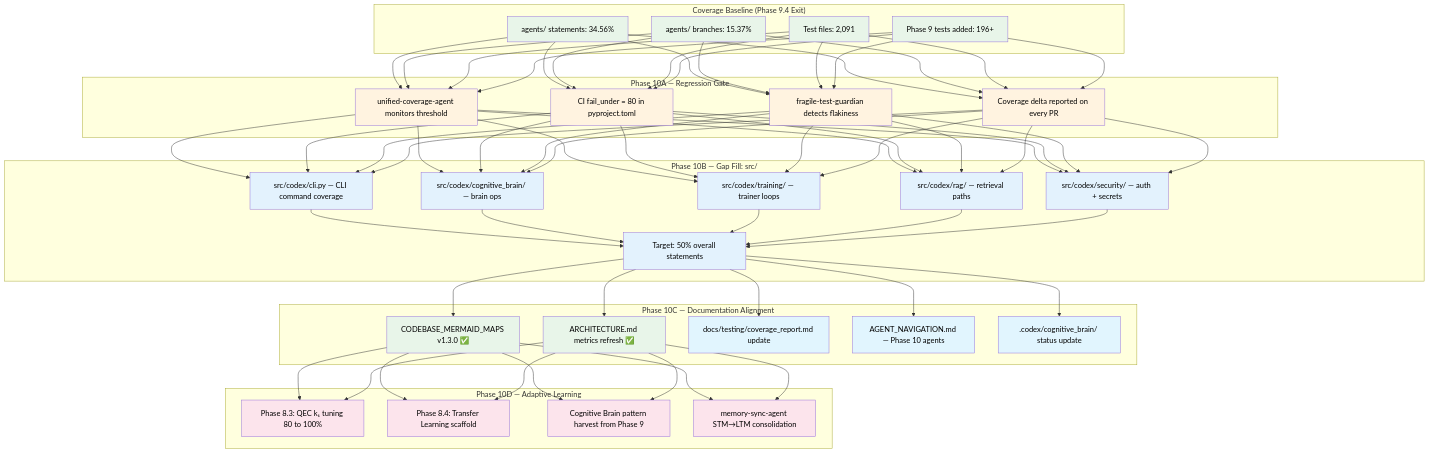
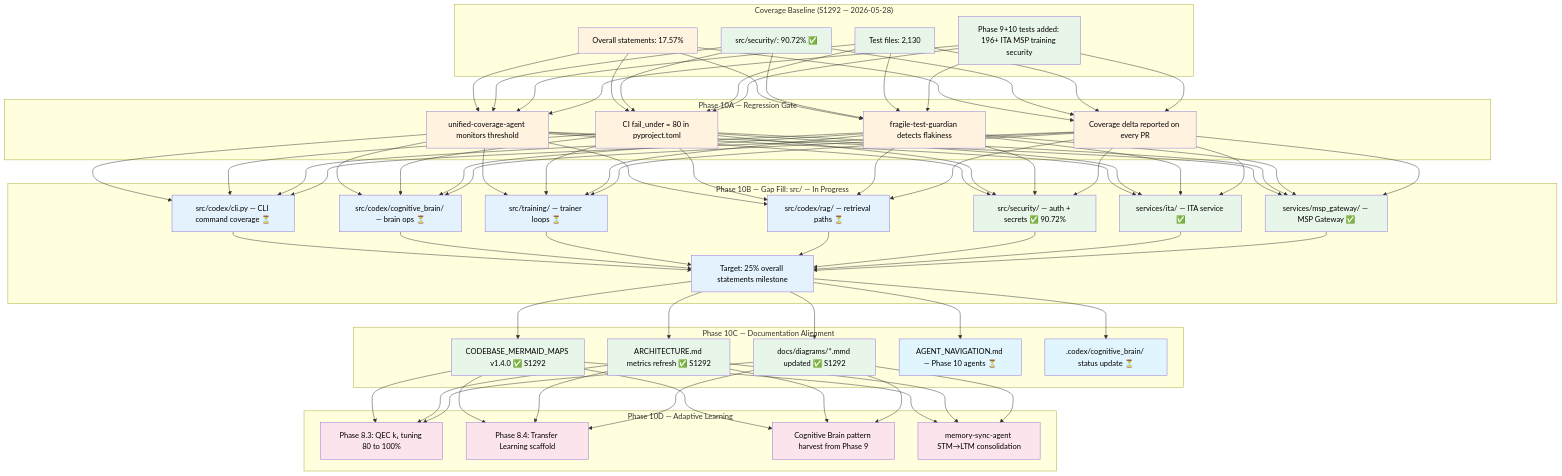
Diagram 17 of 18 in docs/CODEBASE_MERMAID_MAPS.md (Aries-Serpent/_codex_), drawn with Mermaid before and after one commit. The commit also changed other lines of this file and 4 other files, not shown here.

Commit message:
docs: refresh mermaid diagrams and architecture docs to S1292 v1.4.0

````diff
--- a/docs/CODEBASE_MERMAID_MAPS.md
+++ b/docs/CODEBASE_MERMAID_MAPS.md
@@ -701,70 +702,74 @@
 ```mermaid
 graph TD
-    subgraph "Coverage Baseline (Phase 9.4 Exit)"
-        CB1[agents/ statements: 34.56%]
-        CB2[agents/ branches: 15.37%]
-        CB3[Test files: 2,091]
-        CB4[Phase 9 tests added: 196+]
+    subgraph "Coverage Baseline (S1292 — 2026-05-28)"
+        CB1[Overall statements: 17.57%]
+        CB2[src/security/: 90.72% ✅]
+        CB3[Test files: 2,130]
+        CB4[Phase 9+10 tests added: 196+ ITA MSP training security]
     end
 
     subgraph "Phase 10A — Regression Gate"
         RG1[unified-coverage-agent monitors threshold]
         RG2[CI fail_under = 80 in pyproject.toml]
         RG3[fragile-test-guardian detects flakiness]
         RG4[Coverage delta reported on every PR]
     end
 
-    subgraph "Phase 10B — Gap Fill: src/"
-        GF1[src/codex/cli.py — CLI command coverage]
-        GF2[src/codex/cognitive_brain/ — brain ops]
-        GF3[src/codex/training/ — trainer loops]
-        GF4[src/codex/rag/ — retrieval paths]
-        GF5[src/codex/security/ — auth + secrets]
-        GF6[Target: 50% overall statements]
+    subgraph "Phase 10B — Gap Fill: src/ — In Progress"
+        GF1[src/codex/cli.py — CLI command coverage ⏳]
+        GF2[src/codex/cognitive_brain/ — brain ops ⏳]
+        GF3[src/training/ — trainer loops ⏳]
+        GF4[src/codex/rag/ — retrieval paths ⏳]
+        GF5[src/security/ — auth + secrets ✅ 90.72%]
+        GF6[services/ita/ — ITA service ✅]
+        GF7[services/msp_gateway/ — MSP Gateway ✅]
+        GF8[Target: 25% overall statements milestone]
     end
 
     subgraph "Phase 10C — Documentation Alignment"
-        DA1[CODEBASE_MERMAID_MAPS v1.3.0 ✅]
-        DA2[ARCHITECTURE.md metrics refresh ✅]
-        DA3[docs/testing/coverage_report.md update]
-        DA4[AGENT_NAVIGATION.md — Phase 10 agents]
-        DA5[.codex/cognitive_brain/ status update]
+        DA1[CODEBASE_MERMAID_MAPS v1.4.0 ✅ S1292]
+        DA2[ARCHITECTURE.md metrics refresh ✅ S1292]
+        DA3[docs/diagrams/*.mmd updated ✅ S1292]
+        DA4[AGENT_NAVIGATION.md — Phase 10 agents ⏳]
+        DA5[.codex/cognitive_brain/ status update ⏳]
     end
 
     subgraph "Phase 10D — Adaptive Learning"
         AL1[Phase 8.3: QEC k₁ tuning 80 to 100%]
         AL2[Phase 8.4: Transfer Learning scaffold]
         AL3[Cognitive Brain pattern harvest from Phase 9]
         AL4[memory-sync-agent STM→LTM consolidation]
     end
 
     CB1 & CB2 & CB3 & CB4 --> RG1 & RG2 & RG3 & RG4
-    RG1 & RG2 & RG3 & RG4 --> GF1 & GF2 & GF3 & GF4 & GF5
-    GF1 & GF2 & GF3 & GF4 & GF5 --> GF6
-    GF6 --> DA1 & DA2 & DA3 & DA4 & DA5
-    DA1 & DA2 --> AL1 & AL2 & AL3 & AL4
+    RG1 & RG2 & RG3 & RG4 --> GF1 & GF2 & GF3 & GF4 & GF5 & GF6 & GF7
+    GF1 & GF2 & GF3 & GF4 & GF5 & GF6 & GF7 --> GF8
+    GF8 --> DA1 & DA2 & DA3 & DA4 & DA5
+    DA1 & DA2 & DA3 --> AL1 & AL2 & AL3 & AL4
 
-    style CB1 fill:#e8f5e9,color:#000
+    style CB1 fill:#fff3e0,color:#000
     style CB2 fill:#e8f5e9,color:#000
     style CB3 fill:#e8f5e9,color:#000
     style CB4 fill:#e8f5e9,color:#000
     style DA1 fill:#e8f5e9,color:#000
     style DA2 fill:#e8f5e9,color:#000
+    style DA3 fill:#e8f5e9,color:#000
     style RG1 fill:#fff3e0,color:#000
     style RG2 fill:#fff3e0,color:#000
     style RG3 fill:#fff3e0,color:#000
     style RG4 fill:#fff3e0,color:#000
     style GF1 fill:#e3f2fd,color:#000
     style GF2 fill:#e3f2fd,color:#000
     style GF3 fill:#e3f2fd,color:#000
     style GF4 fill:#e3f2fd,color:#000
-    style GF5 fill:#e3f2fd,color:#000
-    style GF6 fill:#e3f2fd,color:#000
-    style DA3 fill:#e1f5fe,color:#000
+    style GF5 fill:#e8f5e9,color:#000
+    style GF6 fill:#e8f5e9,color:#000
+    style GF7 fill:#e8f5e9,color:#000
+    style GF8 fill:#e3f2fd,color:#000
     style DA4 fill:#e1f5fe,color:#000
     style DA5 fill:#e1f5fe,color:#000
     style AL1 fill:#fce4ec,color:#000
     style AL2 fill:#fce4ec,color:#000
     style AL3 fill:#fce4ec,color:#000
     style AL4 fill:#fce4ec,color:#000
 ```
````
